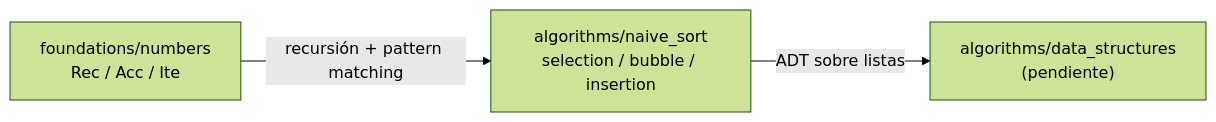
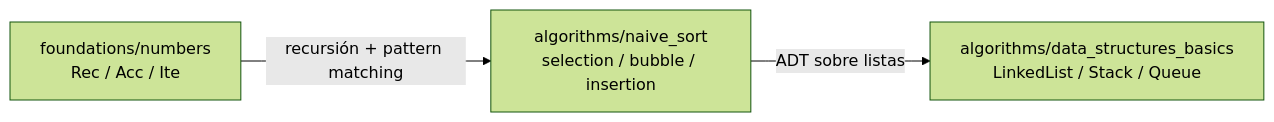
One commit to yorche3/elm changed the diagram in core/algorithms/README.md. Above: the diagram before and after it, drawn with Mermaid (forest theme). The commit also changed other lines of this file and 2 other files, not shown here.

Commit message:
docs: add README for algorithms and update indexes

````diff
--- a/core/algorithms/README.md
+++ b/core/algorithms/README.md
@@ -21,5 +22,5 @@
 ```mermaid
 graph LR
     D["foundations/numbers<br/>Rec / Acc / Ite"] -->|"recursión + pattern matching"| A["algorithms/naive_sort<br/>selection / bubble / insertion"]
-    A -->|"ADT sobre listas"| B["algorithms/data_structures<br/>(pendiente)"]
+    A -->|"ADT sobre listas"| B["algorithms/data_structures_basics<br/>LinkedList / Stack / Queue"]
 ```
````
